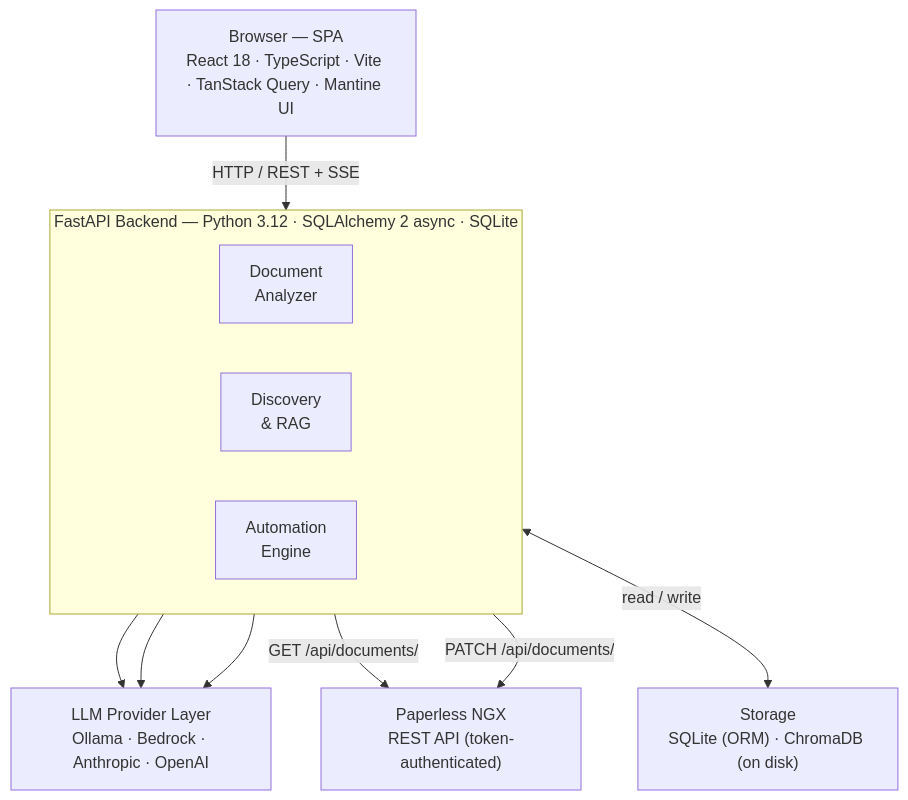
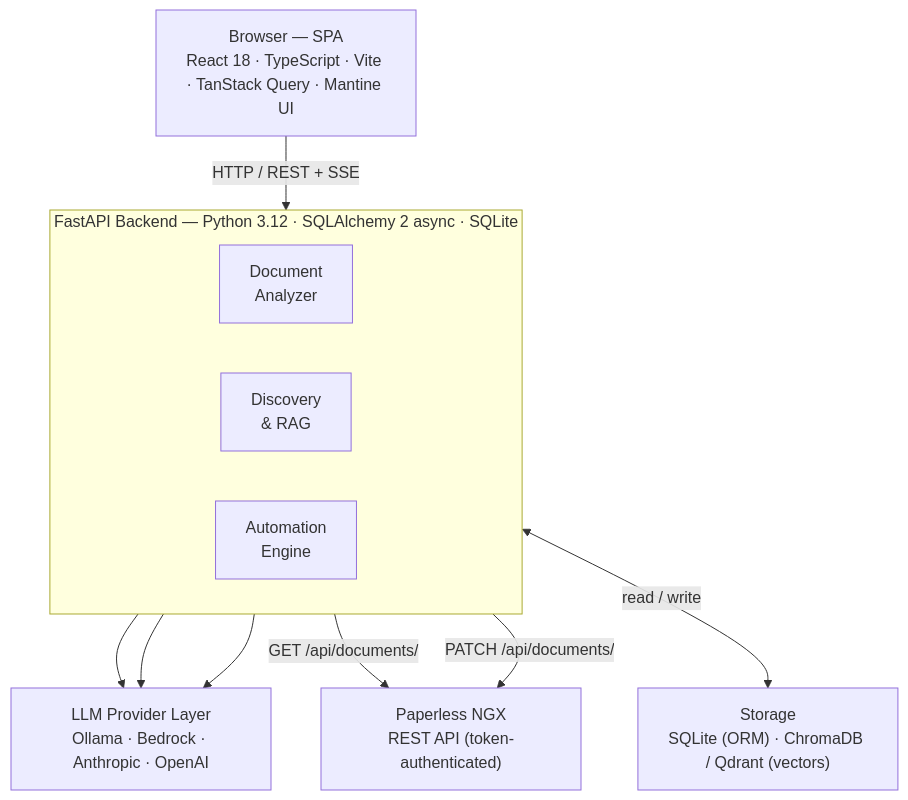
The first of 4 diagrams in docs/ARCHITECTURE.md (knows-cloud/paperless-iq), drawn with Mermaid before and after one commit. The commit also changed other lines of this file and 3 other files, not shown here.

First line of the commit message:
docs: add D-20, update ARCHITECTURE + CLAUDE.md, add Qdrant compose profile

````diff
--- a/docs/ARCHITECTURE.md
+++ b/docs/ARCHITECTURE.md
@@ -9,23 +9,23 @@
 ```mermaid
 graph TD
     Browser["Browser — SPA\nReact 18 · TypeScript · Vite · TanStack Query · Mantine UI"]
 
     subgraph FastAPI["FastAPI Backend — Python 3.12 · SQLAlchemy 2 async · SQLite"]
         direction LR
         Analyzer["Document\nAnalyzer"]
         Discovery["Discovery\n& RAG"]
         Automation["Automation\nEngine"]
     end
 
     LLM["LLM Provider Layer\nOllama · Bedrock · Anthropic · OpenAI"]
-    Storage["Storage\nSQLite (ORM) · ChromaDB (on disk)"]
+    Storage["Storage\nSQLite (ORM) · ChromaDB / Qdrant (vectors)"]
     NGX["Paperless NGX\nREST API (token-authenticated)"]
 
     Browser -->|"HTTP / REST + SSE"| FastAPI
     Analyzer --> LLM
     Discovery --> LLM
     Automation --> LLM
     FastAPI <-->|"read / write"| Storage
     Analyzer -->|"GET /api/documents/"| NGX
     FastAPI -->|"PATCH /api/documents/"| NGX
 ```
````
